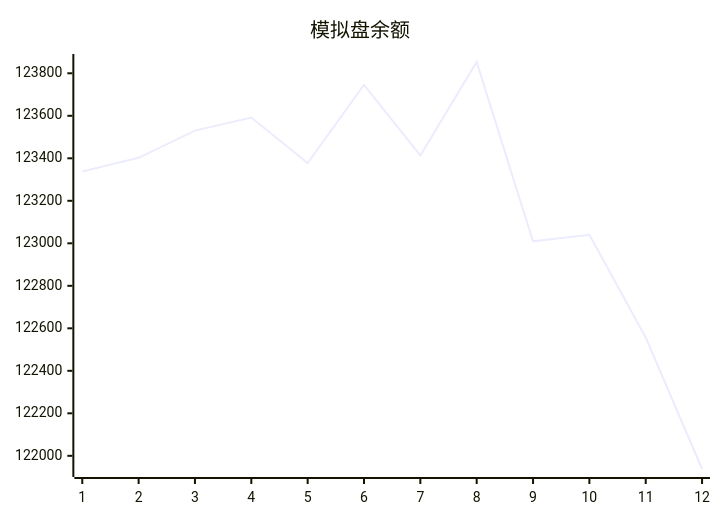
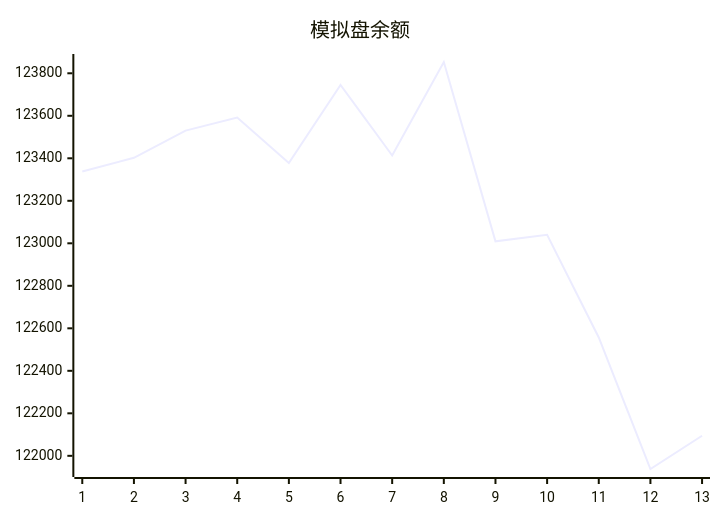
One commit to aahl/mcp-aktools changed the diagram in trading/README.md. Above: the diagram before and after it, drawn with Mermaid. The commit also changed 1 other file, not shown here.

Commit message:
📈 AkTools MCP Server

````diff
--- a/trading/README.md
+++ b/trading/README.md
@@ -3,5 +3,5 @@
 ```mermaid
 xychart
     title "模拟盘余额"
-    line [123337.9,123402.4,123530.3,123591.6,123377.9,123745.3,123413.3,123853.1,123009.4,123039.8,122557.0,121938.0]
+    line [123337.9,123402.4,123530.3,123591.6,123377.9,123745.3,123413.3,123853.1,123009.4,123039.8,122557.0,121938.0,122094.6]
 ```
````
